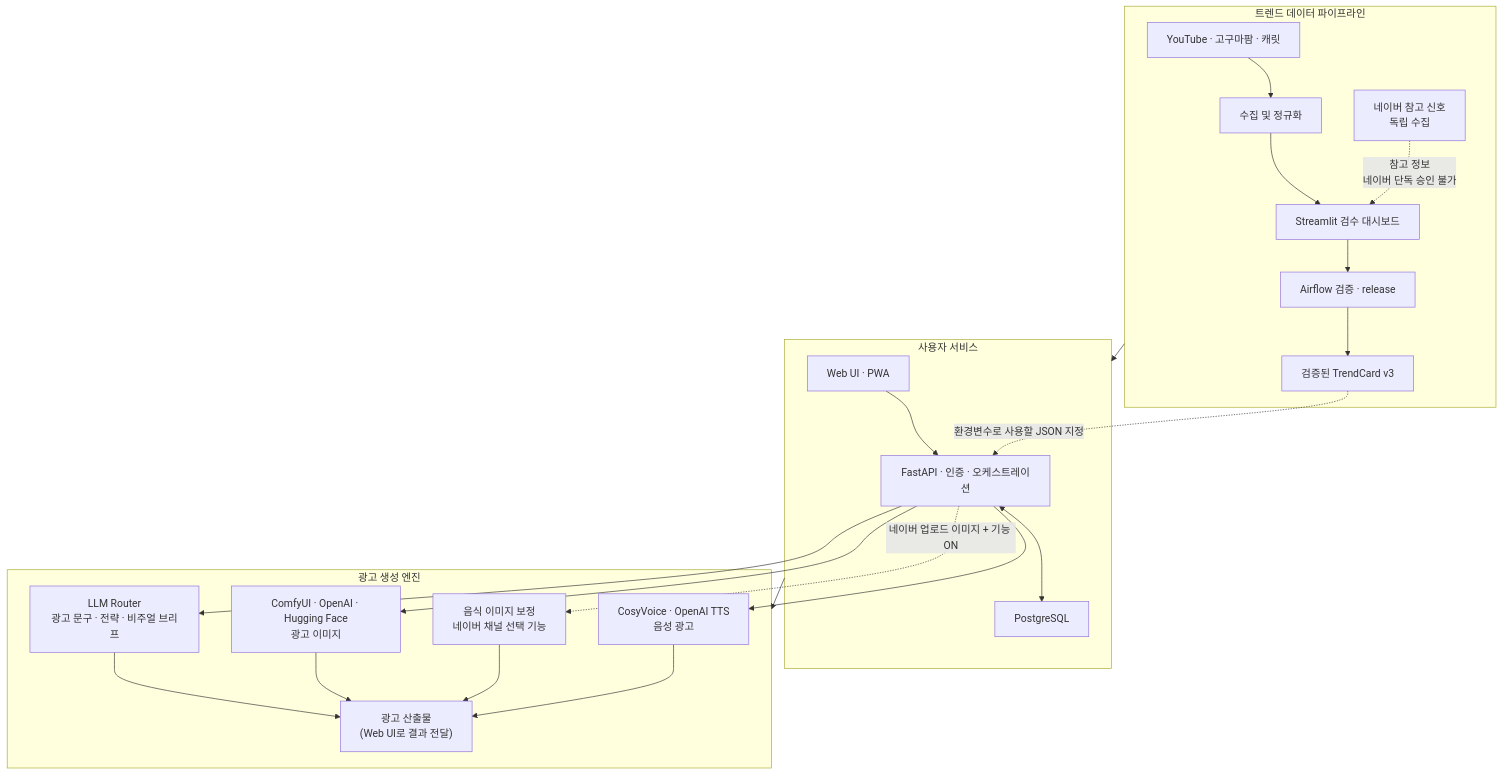
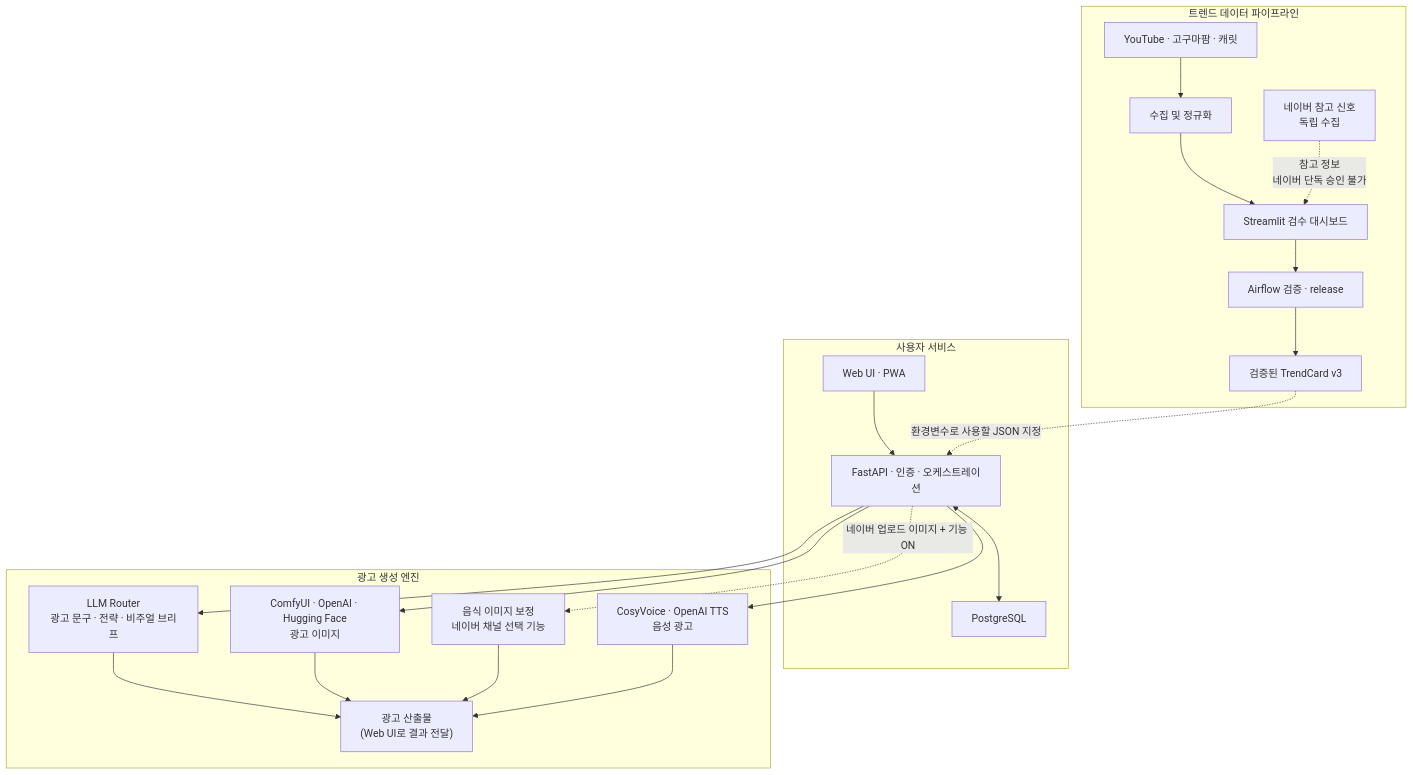
Before and after one commit to imella0706/final_1_team: the first of 3 diagrams in README.md, drawn with Mermaid. The commit also changed other lines of this file, not shown here.

Commit message:
docs(readme): 구조도를 수직으로 확실하게 개선

````diff
--- a/README.md
+++ b/README.md
@@ -62,42 +62,40 @@
 ```mermaid
 flowchart TD
     subgraph DATA["트렌드 데이터 파이프라인"]
         SOURCES["YouTube · 고구마팜 · 캐릿"]
         NAVER["네이버 참고 신호<br/>독립 수집"]
         COLLECT["수집 및 정규화"]
         REVIEW["Streamlit 검수 대시보드"]
         AIRFLOW["Airflow 검증 · release"]
         TRENDS["검증된 TrendCard v3"]
         SOURCES --> COLLECT --> REVIEW --> AIRFLOW --> TRENDS
         NAVER -. "참고 정보<br/>네이버 단독 승인 불가" .-> REVIEW
     end
 
     subgraph APP["사용자 서비스"]
         WEB["Web UI · PWA"]
         API["FastAPI · 인증 · 오케스트레이션"]
         DB["PostgreSQL"]
         WEB --> API
         API <--> DB
     end
 
     subgraph GENERATION["광고 생성 엔진"]
         LLM["LLM Router<br/>광고 문구 · 전략 · 비주얼 브리프"]
         IMAGE["ComfyUI · OpenAI · Hugging Face<br/>광고 이미지"]
         CLEANUP["음식 이미지 보정<br/>네이버 채널 선택 기능"]
         VOICE["CosyVoice · OpenAI TTS<br/>음성 광고"]
         ARTIFACT["광고 산출물<br/>(Web UI로 결과 전달)"]
+
+        LLM --> ARTIFACT
+        IMAGE --> ARTIFACT
+        CLEANUP --> ARTIFACT
+        VOICE --> ARTIFACT
     end
-
-    DATA --> APP
-    APP --> GENERATION
 
     TRENDS -. "환경변수로 사용할 JSON 지정" .-> API
     API --> LLM
     API --> IMAGE
     API -. "네이버 업로드 이미지 + 기능 ON" .-> CLEANUP
     API --> VOICE
-    LLM --> ARTIFACT
-    IMAGE --> ARTIFACT
-    CLEANUP --> ARTIFACT
-    VOICE --> ARTIFACT
 ```
````
